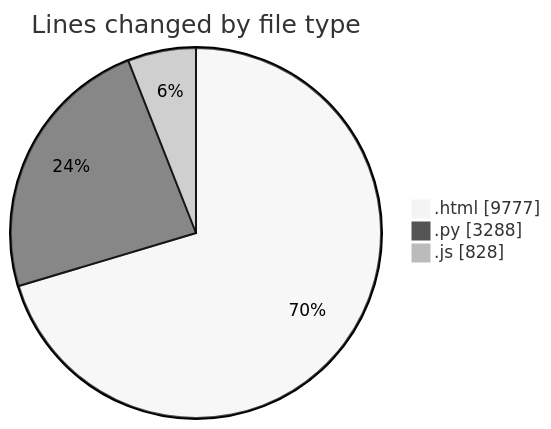
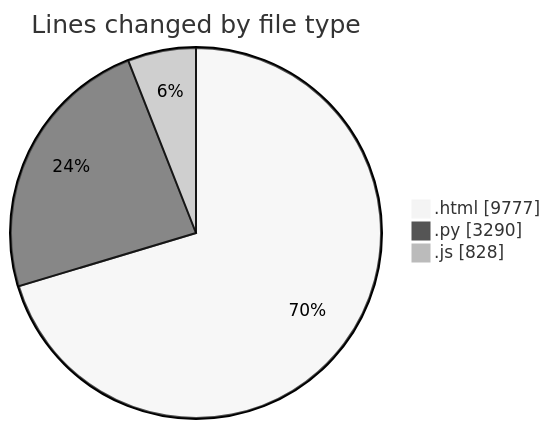
The first of 2 diagrams in 2026-07-12/untitled__workspace_/README.md (shibass792/code-tracking), drawn with Mermaid (neutral theme) before and after one commit. The commit also changed other lines of this file and 1 other file, not shown here.

````diff
--- a/2026-07-12/untitled__workspace_/README.md
+++ b/2026-07-12/untitled__workspace_/README.md
@@ -28,7 +28,7 @@
 ```mermaid
 pie showData
 title Lines changed by file type
 ".html" : 9777
-".py" : 3288
+".py" : 3290
 ".js" : 828
 ```
````
